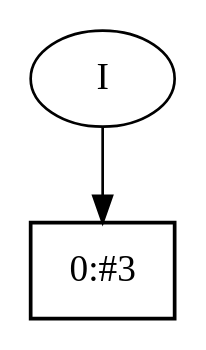
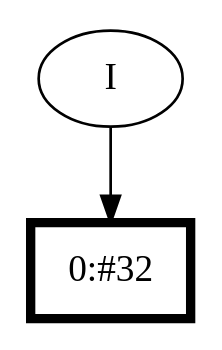
The diagram in nonmarkov-envs/nonmarkov_envs/prova.txt.dat.ff.init_dfa.dot (pepes97/Regular-Decision-Processes), drawn with Graphviz before and after one commit. The commit also changed 10 other files, not shown here.

```diff
--- a/nonmarkov-envs/nonmarkov_envs/prova.txt.dat.ff.init_dfa.dot
+++ b/nonmarkov-envs/nonmarkov_envs/prova.txt.dat.ff.init_dfa.dot
@@ -1,7 +1,7 @@
 // produced with flexfringe // ../../flexfringe/dfasat/flexfringe --ini=../../flexfringe/dfasat/ini/batch-mealy.ini prova.txt.dat 
 digraph DFA {
 	0 [label="root" shape=box];
 		I -> 0;
-	0 [ label="0:#3
-" , penwidth=1.38629];
+	0 [ label="0:#32
+" , penwidth=3.49651];
 }
```
